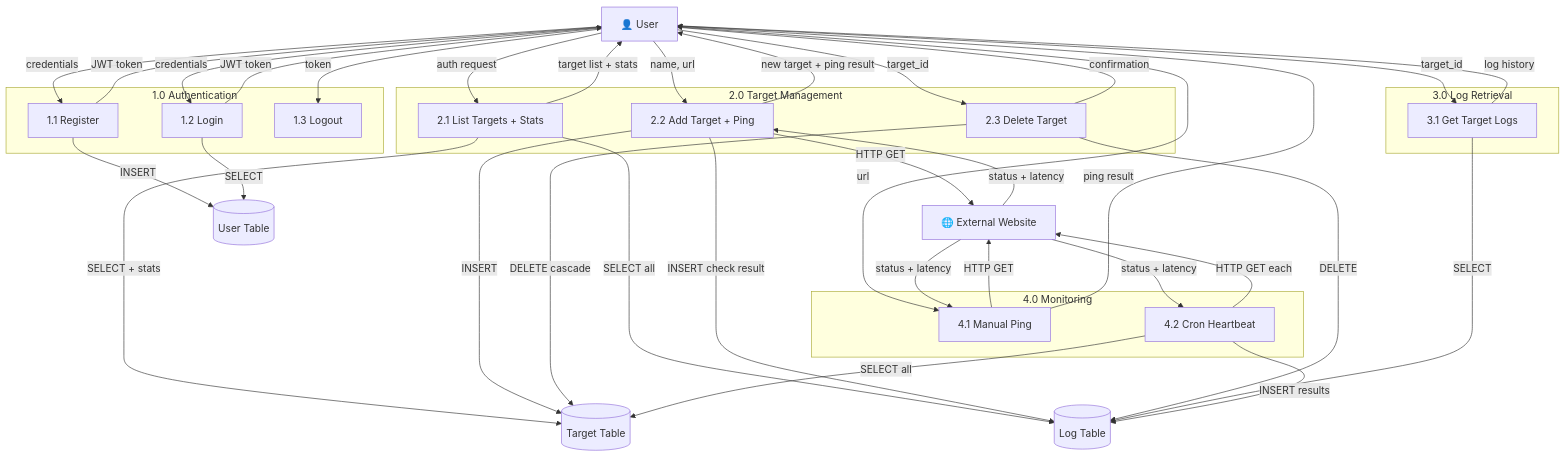
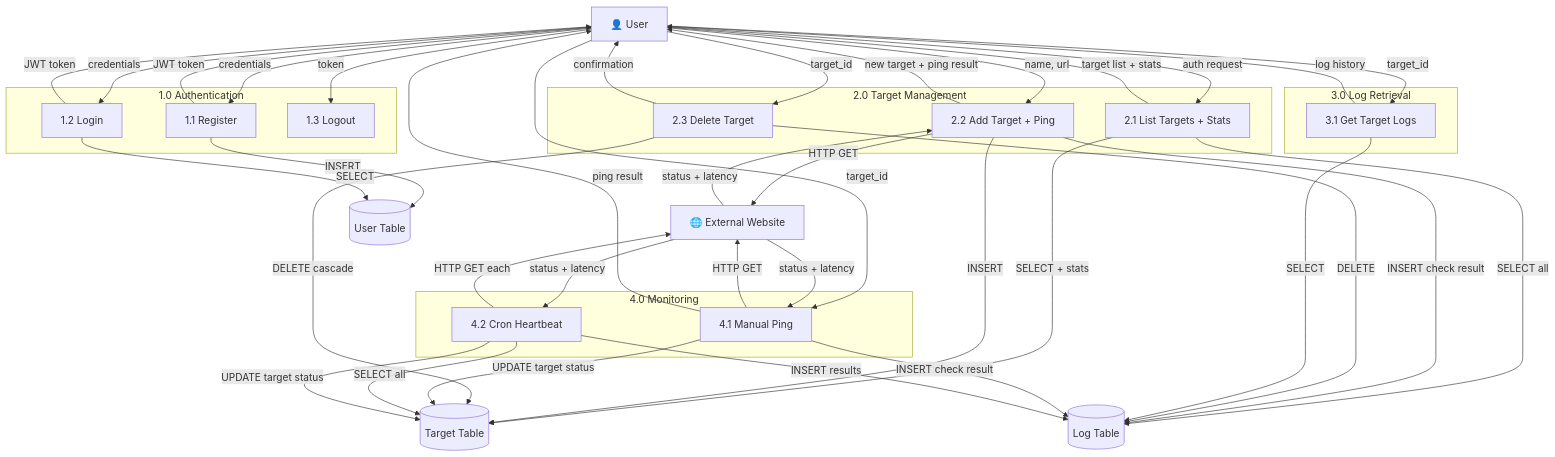
One commit to Abdelrahman744/Vigil-v2-flask changed the third of 4 diagrams in README.md. Above: the diagram before and after it, drawn with Mermaid. The commit also changed other lines of this file, not shown here.

Commit message:
docs: sync architecture diagrams, DFDs, folder layouts, and API details in README

````diff
--- a/README.md
+++ b/README.md
@@ -143,71 +153,74 @@
 ```mermaid
 graph TB
     User["👤 User"]
     Web["🌐 External Website"]
 
     subgraph "1.0 Authentication"
         P1["1.1 Register"]
         P2["1.2 Login"]
         P3["1.3 Logout"]
     end
 
     subgraph "2.0 Target Management"
         P4["2.1 List Targets + Stats"]
         P5["2.2 Add Target + Ping"]
         P6["2.3 Delete Target"]
     end
 
     subgraph "3.0 Log Retrieval"
         P7["3.1 Get Target Logs"]
     end
 
     subgraph "4.0 Monitoring"
         P8["4.1 Manual Ping"]
         P9["4.2 Cron Heartbeat"]
     end
 
     DB_User[("User Table")]
     DB_Target[("Target Table")]
     DB_Log[("Log Table")]
 
     User -->|"credentials"| P1
     User -->|"credentials"| P2
     User -->|"token"| P3
 
     P1 -->|"INSERT"| DB_User
     P1 -->|"JWT token"| User
     P2 -->|"SELECT"| DB_User
     P2 -->|"JWT token"| User
 
     User -->|"auth request"| P4
     User -->|"name, url"| P5
     User -->|"target_id"| P6
 
     P4 -->|"SELECT + stats"| DB_Target
     P4 -->|"SELECT all"| DB_Log
     P4 -->|"target list + stats"| User
 
     P5 -->|"INSERT"| DB_Target
     P5 -->|"HTTP GET"| Web
     Web -->|"status + latency"| P5
     P5 -->|"INSERT check result"| DB_Log
     P5 -->|"new target + ping result"| User
 
     P6 -->|"DELETE cascade"| DB_Target
     P6 -->|"DELETE"| DB_Log
     P6 -->|"confirmation"| User
 
     User -->|"target_id"| P7
     P7 -->|"SELECT"| DB_Log
     P7 -->|"log history"| User
 
-    User -->|"url"| P8
+    User -->|"target_id"| P8
     P8 -->|"HTTP GET"| Web
     Web -->|"status + latency"| P8
+    P8 -->|"INSERT check result"| DB_Log
+    P8 -->|"UPDATE target status"| DB_Target
     P8 -->|"ping result"| User
 
     P9 -->|"SELECT all"| DB_Target
     P9 -->|"HTTP GET each"| Web
     Web -->|"status + latency"| P9
     P9 -->|"INSERT results"| DB_Log
+    P9 -->|"UPDATE target status"| DB_Target
 ```
````
